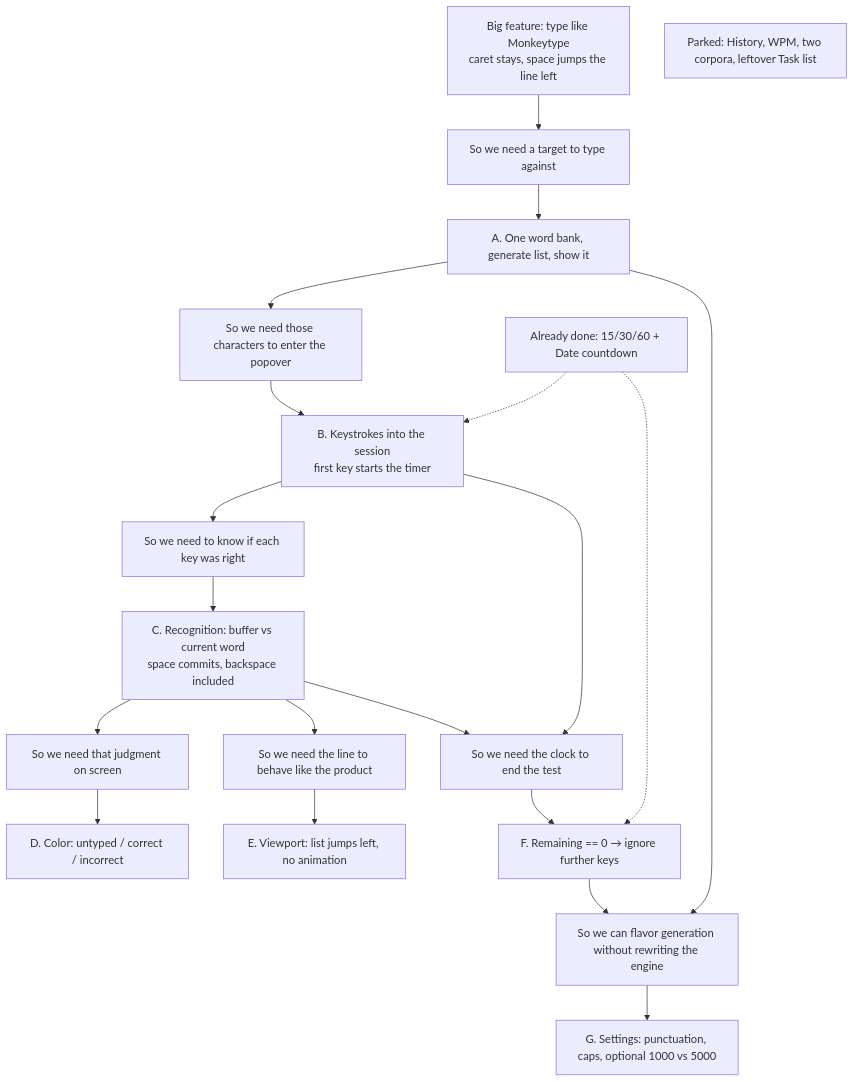
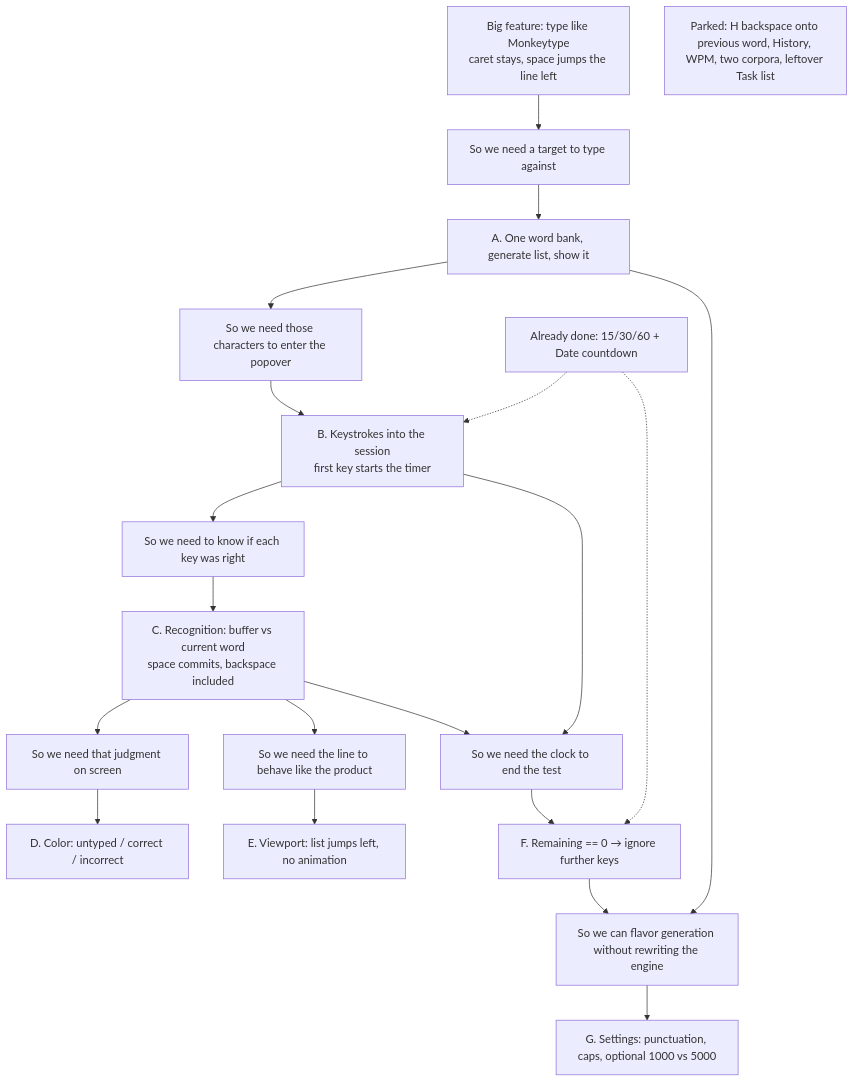
One commit to KennardMB/TypeShi changed the first of 3 diagrams in SLICE_ORDER.md. Above: the diagram before and after it, drawn with Mermaid. The commit also changed other lines of this file and 4 other files, not shown here.

````diff
--- a/SLICE_ORDER.md
+++ b/SLICE_ORDER.md
@@ -7,32 +7,32 @@
 ```mermaid
 flowchart TB
   P["Big feature: type like Monkeytype<br/>caret stays, space jumps the line left"]
 
   P --> NeedTarget["So we need a target to type against"]
   NeedTarget --> A["A. One word bank, generate list, show it"]
 
   A --> NeedKeys["So we need those characters to enter the popover"]
   NeedKeys --> B["B. Keystrokes into the session<br/>first key starts the timer"]
 
   B --> NeedJudge["So we need to know if each key was right"]
   NeedJudge --> C["C. Recognition: buffer vs current word<br/>space commits, backspace included"]
 
   C --> NeedPaint["So we need that judgment on screen"]
   NeedPaint --> D["D. Color: untyped / correct / incorrect"]
 
   C --> NeedJump["So we need the line to behave like the product"]
   NeedJump --> E["E. Viewport: list jumps left, no animation"]
 
   B --> NeedStop["So we need the clock to end the test"]
   C --> NeedStop
   NeedStop --> F["F. Remaining == 0 → ignore further keys"]
 
   A --> NeedKnobs["So we can flavor generation without rewriting the engine"]
   F --> NeedKnobs
   NeedKnobs --> G["G. Settings: punctuation, caps, optional 1000 vs 5000"]
 
   Done["Already done: 15/30/60 + Date countdown"] -.-> B
   Done -.-> F
 
-  Park["Parked: History, WPM, two corpora, leftover Task list"]
+  Park["Parked: H backspace onto previous word, History, WPM, two corpora, leftover Task list"]
 ```
````
